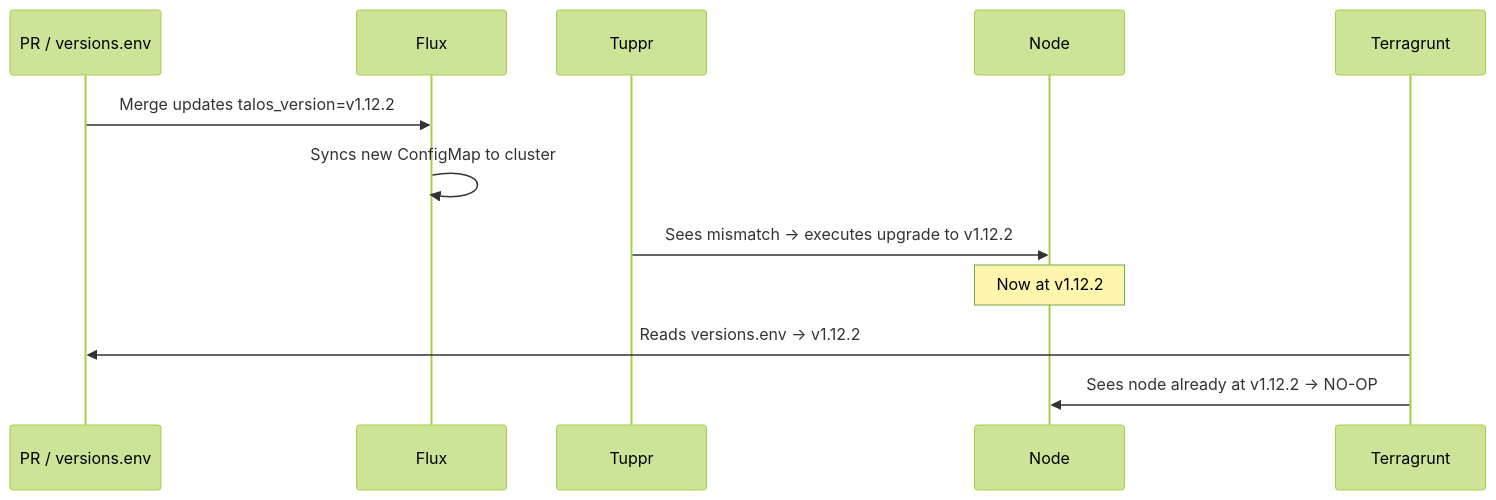
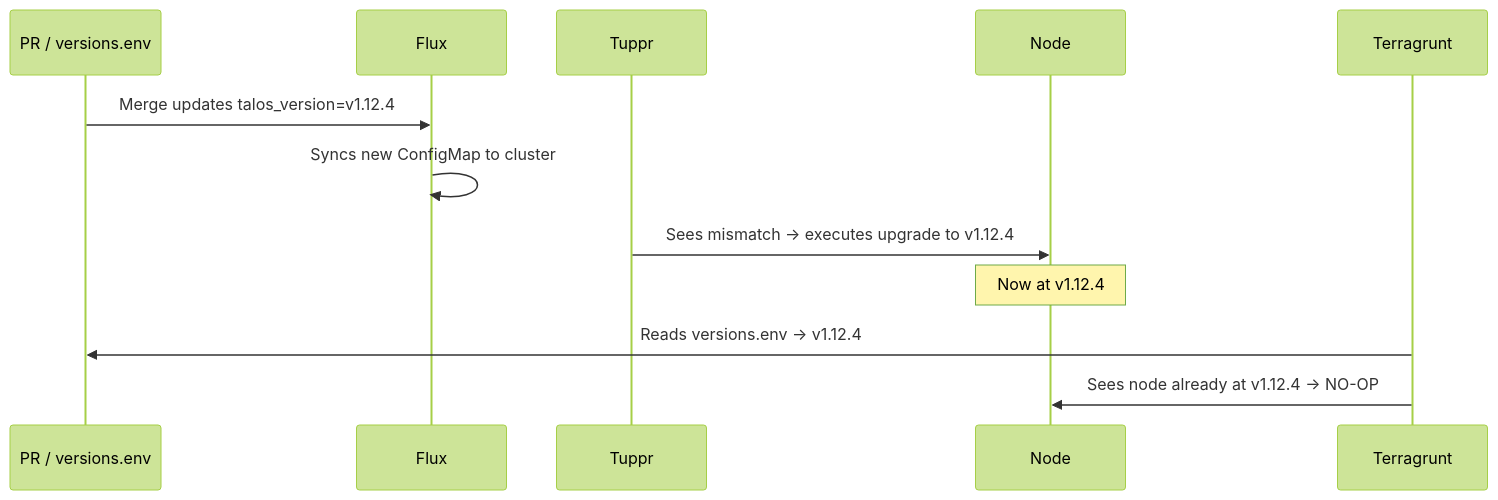
The first of 2 diagrams in kubernetes/platform/CLAUDE.md (ionfury/homelab), drawn with Mermaid (forest theme) before and after one commit. The commit also changed other lines of this file and 13 other files, not shown here.

````diff
--- a/kubernetes/platform/CLAUDE.md
+++ b/kubernetes/platform/CLAUDE.md
@@ -277,15 +298,15 @@
 ```mermaid
 sequenceDiagram
     participant PR as PR / versions.env
     participant Flux
     participant Tuppr
     participant Node
     participant TG as Terragrunt
 
-    PR->>Flux: Merge updates talos_version=v1.12.2
+    PR->>Flux: Merge updates talos_version=v1.12.4
     Flux->>Flux: Syncs new ConfigMap to cluster
-    Tuppr->>Node: Sees mismatch → executes upgrade to v1.12.2
-    Note over Node: Now at v1.12.2
-    TG->>PR: Reads versions.env → v1.12.2
-    TG->>Node: Sees node already at v1.12.2 → NO-OP
+    Tuppr->>Node: Sees mismatch → executes upgrade to v1.12.4
+    Note over Node: Now at v1.12.4
+    TG->>PR: Reads versions.env → v1.12.4
+    TG->>Node: Sees node already at v1.12.4 → NO-OP
 ```
````
